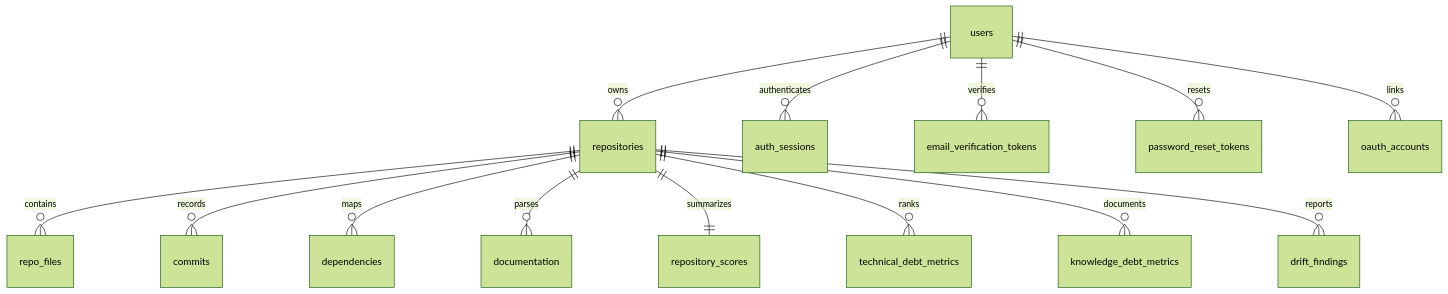
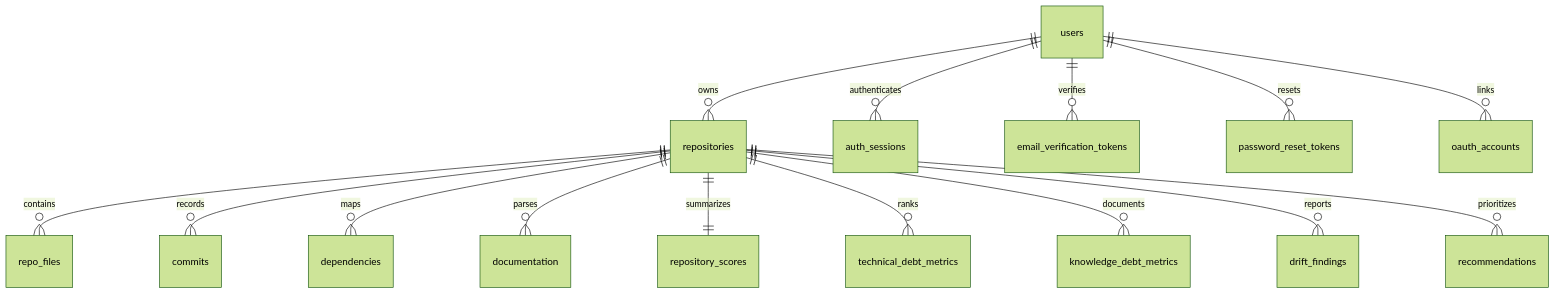
One commit to zs0c131y/CodePulse changed the diagram in docs/database/DATABASE.md. Above: the diagram before and after it, drawn with Mermaid (forest theme). The commit also changed other lines of this file and 27 other files, not shown here.

Commit message:
feat(analysis): add drift, risk, recommendations, and pending roadmap

````diff
--- a/docs/database/DATABASE.md
+++ b/docs/database/DATABASE.md
@@ -44,16 +44,17 @@
 ```mermaid
 erDiagram
     users ||--o{ repositories : owns
     users ||--o{ auth_sessions : authenticates
     users ||--o{ email_verification_tokens : verifies
     users ||--o{ password_reset_tokens : resets
     users ||--o{ oauth_accounts : links
     repositories ||--o{ repo_files : contains
     repositories ||--o{ commits : records
     repositories ||--o{ dependencies : maps
     repositories ||--o{ documentation : parses
     repositories ||--|| repository_scores : summarizes
     repositories ||--o{ technical_debt_metrics : ranks
     repositories ||--o{ knowledge_debt_metrics : documents
     repositories ||--o{ drift_findings : reports
+    repositories ||--o{ recommendations : prioritizes
 ```
````
